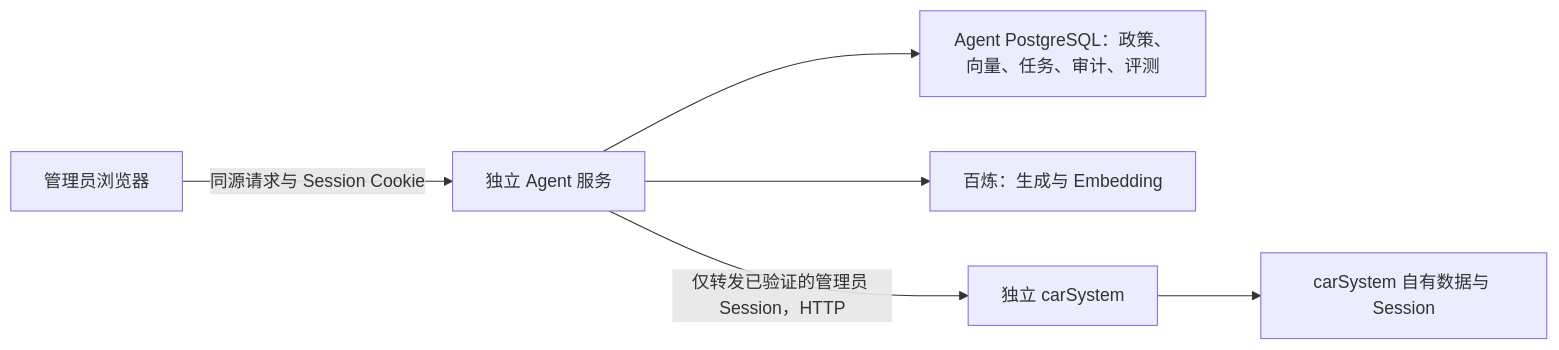
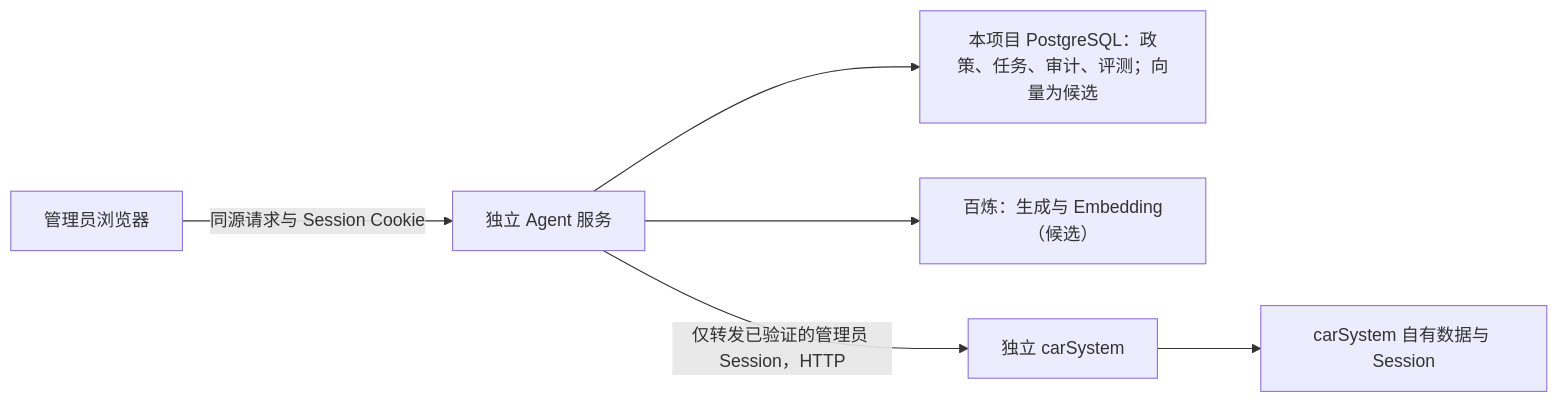
Before and after one commit to zzzzain777/car-work-order-agent: the diagram in docs/superpowers/specs/2026-10-20-car-work-order-agent-design.md, drawn with Mermaid. The commit also changed other lines of this file and 44 other files, not shown here.

````diff
--- a/docs/superpowers/specs/2026-10-20-car-work-order-agent-design.md
+++ b/docs/superpowers/specs/2026-10-20-car-work-order-agent-design.md
@@ -30,8 +37,8 @@
 ```mermaid
 flowchart LR
     admin["管理员浏览器"] -->|"同源请求与 Session Cookie"| agent["独立 Agent 服务"]
-    agent --> ownDb["Agent PostgreSQL：政策、向量、任务、审计、评测"]
-    agent --> qwen["百炼：生成与 Embedding"]
+    agent --> ownDb["本项目 PostgreSQL：政策、任务、审计、评测；向量为候选"]
+    agent --> qwen["百炼：生成与 Embedding（候选）"]
     agent -->|"仅转发已验证的管理员 Session，HTTP"| car["独立 carSystem"]
     car --> carDb["carSystem 自有数据与 Session"]
 ```
````
